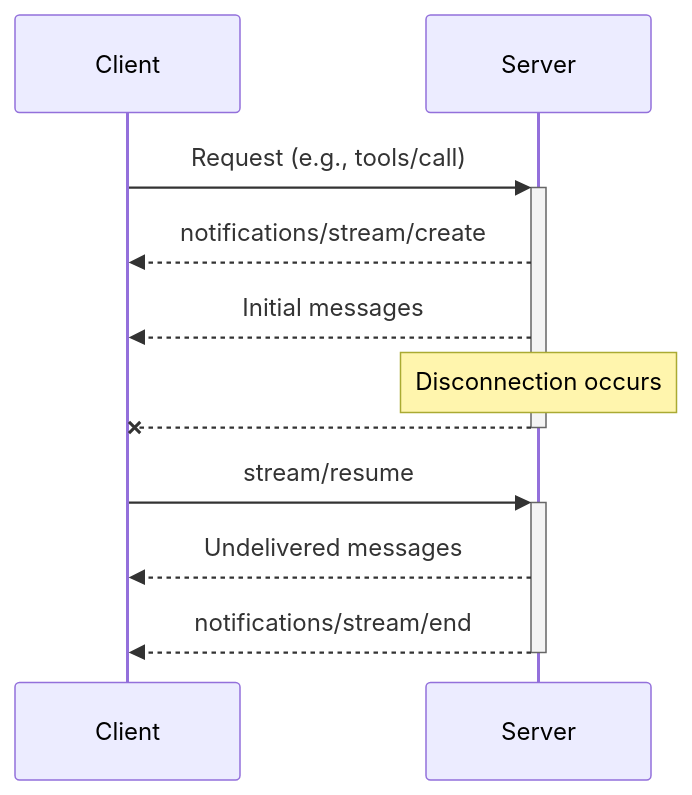
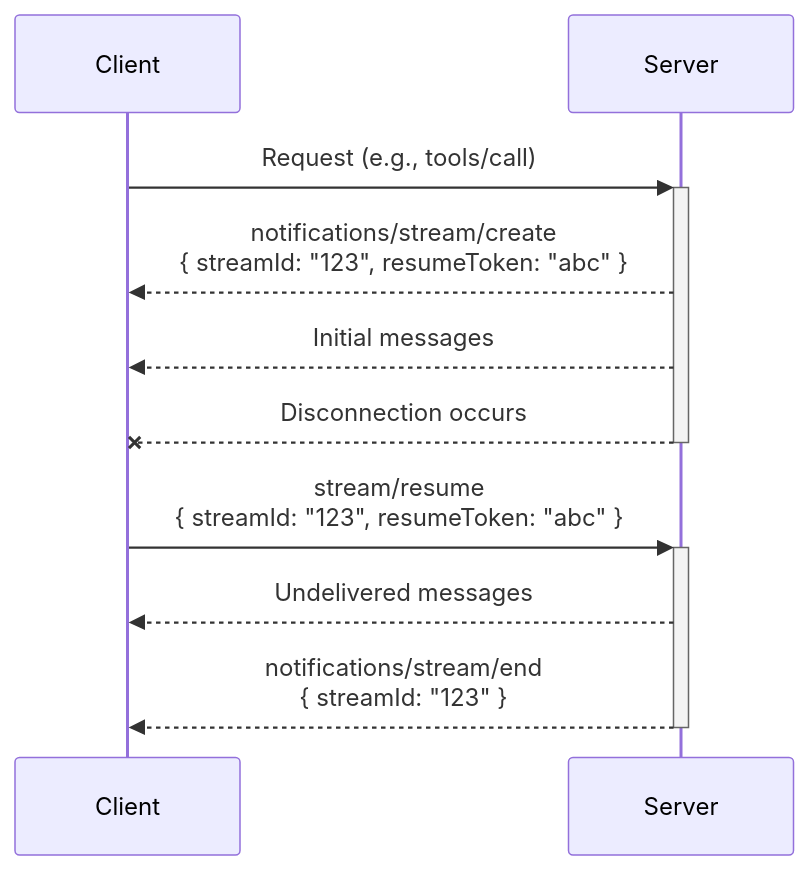
Before and after one commit to modelcontextprotocol/specification: the second of 4 diagrams in docs/specification/draft/basic/streams.mdx, drawn with Mermaid. The commit also changed other lines of this file and 3 other files, not shown here.

````diff
--- a/docs/specification/draft/basic/streams.mdx
+++ b/docs/specification/draft/basic/streams.mdx
@@ -105,16 +107,14 @@
 ```mermaid
 sequenceDiagram
     participant Client
     participant Server
 
     Client->>+Server: Request (e.g., tools/call)
-    Server-->>Client: notifications/stream/create
+    Server-->>Client: notifications/stream/create<br>{ streamId: "123", resumeToken: "abc" }
     Server-->>Client: Initial messages
+    Server--x-Client: Disconnection occurs
 
-    Note over Server: Disconnection occurs
-    Server--x-Client:
-
-    Client->>+Server: stream/resume
+    Client->>+Server: stream/resume<br>{ streamId: "123", resumeToken: "abc" }
     Server-->>Client: Undelivered messages
-    Server-->>-Client: notifications/stream/end
+    Server-->>-Client: notifications/stream/end<br>{ streamId: "123" }
 ```
````
